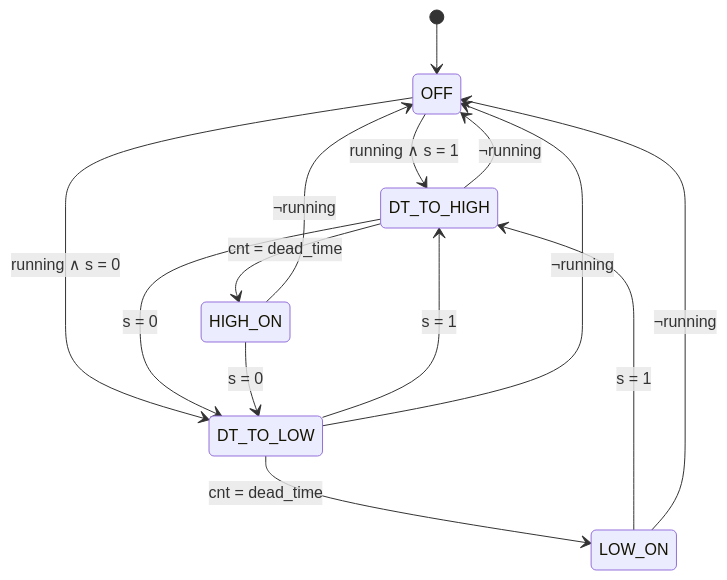
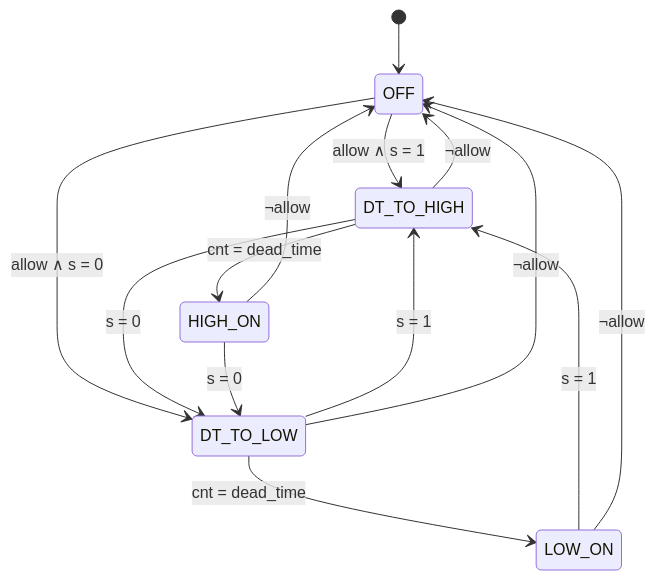
The second of 2 diagrams in docs/diseno/planteamiento.md (IE-TDD-EL3313/Proyecto_4), drawn with Mermaid before and after one commit. The commit also changed other lines of this file and 13 other files, not shown here.

````diff
--- a/docs/diseno/planteamiento.md
+++ b/docs/diseno/planteamiento.md
@@ -701,16 +723,16 @@
 ```mermaid
 stateDiagram-v2
     [*] --> OFF
-    OFF --> DT_TO_HIGH: running ∧ s = 1
-    OFF --> DT_TO_LOW: running ∧ s = 0
+    OFF --> DT_TO_HIGH: allow ∧ s = 1
+    OFF --> DT_TO_LOW: allow ∧ s = 0
     DT_TO_HIGH --> HIGH_ON: cnt = dead_time
     DT_TO_HIGH --> DT_TO_LOW: s = 0
     HIGH_ON --> DT_TO_LOW: s = 0
     DT_TO_LOW --> LOW_ON: cnt = dead_time
     DT_TO_LOW --> DT_TO_HIGH: s = 1
     LOW_ON --> DT_TO_HIGH: s = 1
-    HIGH_ON --> OFF: ¬running
-    LOW_ON --> OFF: ¬running
-    DT_TO_HIGH --> OFF: ¬running
-    DT_TO_LOW --> OFF: ¬running
+    HIGH_ON --> OFF: ¬allow
+    LOW_ON --> OFF: ¬allow
+    DT_TO_HIGH --> OFF: ¬allow
+    DT_TO_LOW --> OFF: ¬allow
 ```
````
